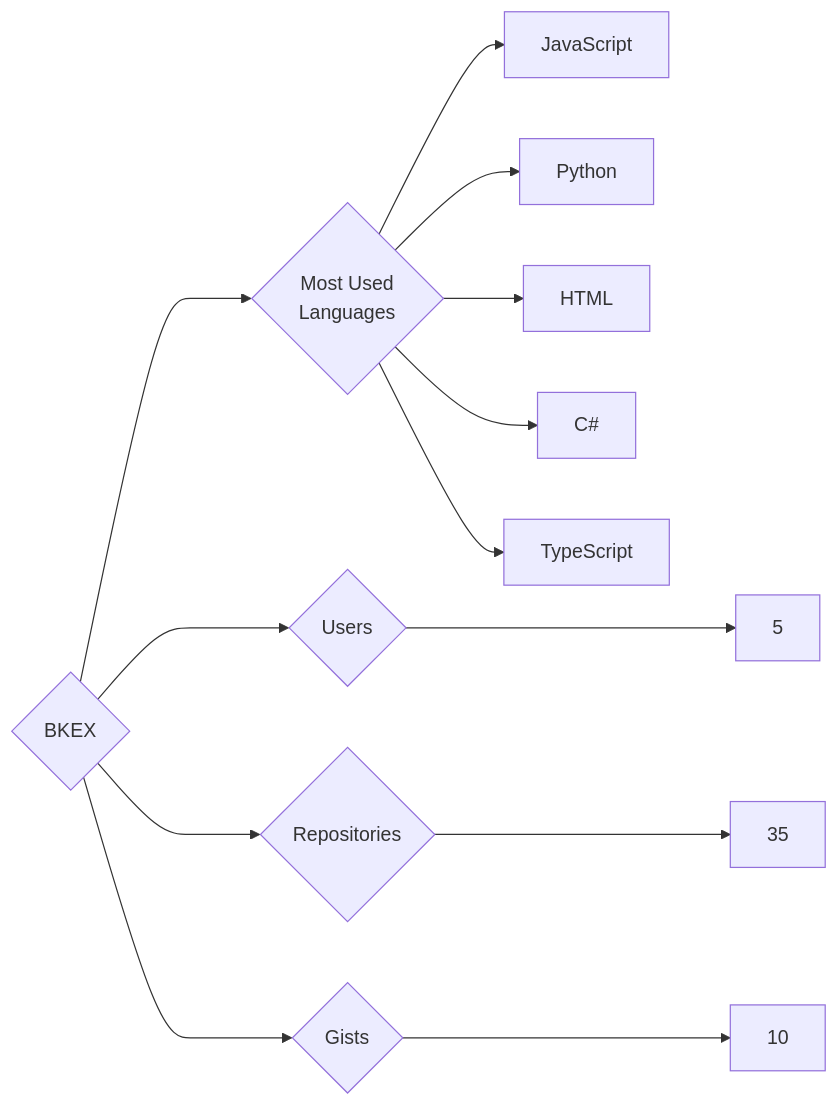
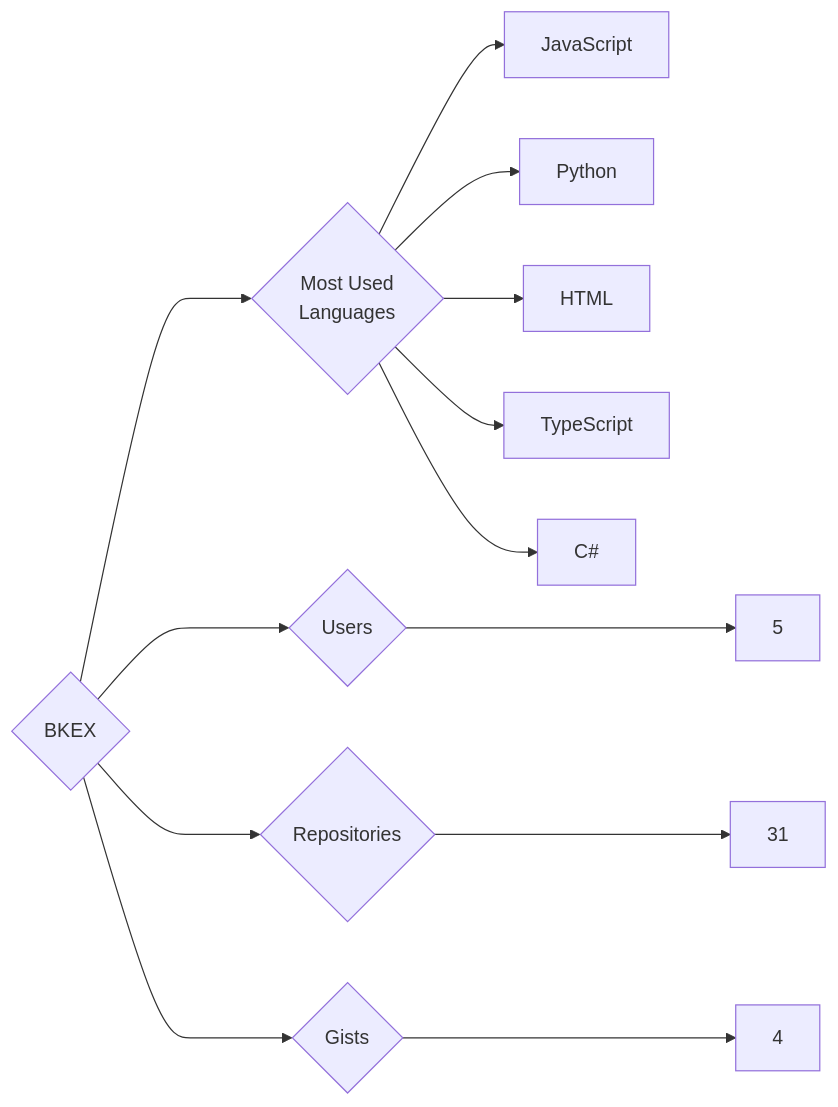
The diagram in targets/BKEX/README.md (trickest/insiders), drawn with Mermaid before and after one commit. The commit also changed 724 other files, not shown here.

````diff
--- a/targets/BKEX/README.md
+++ b/targets/BKEX/README.md
@@ -3,13 +3,13 @@
 ```mermaid
 graph LR
 COMPANY_NAME{BKEX}
 COMPANY_NAME ---> U{Users} ---> UN[5]
-COMPANY_NAME ---> R{Repositories} ---> RN[35]
-COMPANY_NAME ---> G{Gists} ---> GN[10]
+COMPANY_NAME ---> R{Repositories} ---> RN[31]
+COMPANY_NAME ---> G{Gists} ---> GN[4]
 COMPANY_NAME ---> ML{Most Used<br>Languages}
 ML --> JavaScript[JavaScript]
 ML --> Python[Python]
 ML --> HTML[HTML]
+ML --> TypeScript[TypeScript]
 ML --> C#[C#]
-ML --> TypeScript[TypeScript]
 ```
````
